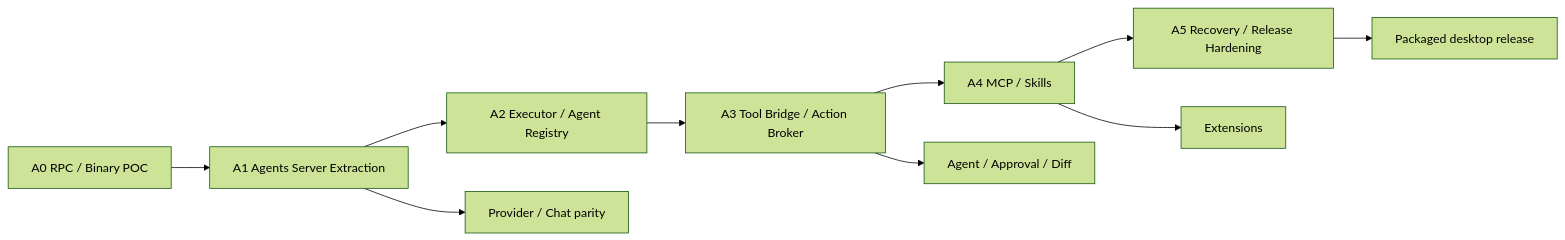
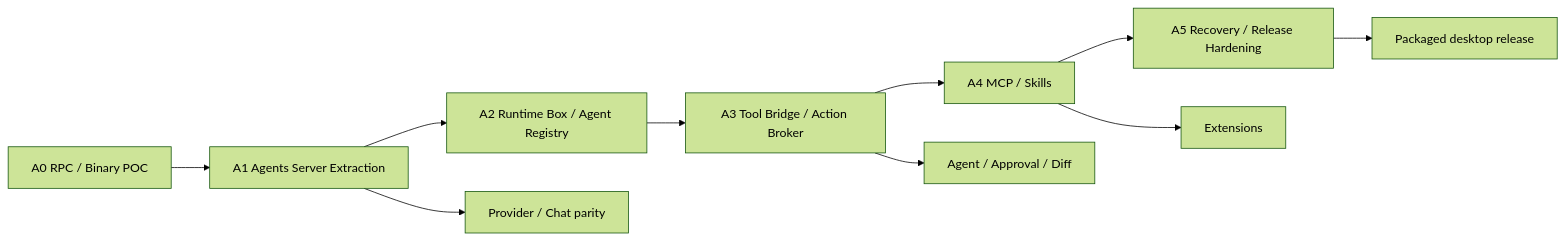
One commit to weivea/moshu changed the diagram in docs/implementation/delivery-plan.md. Above: the diagram before and after it, drawn with Mermaid (forest theme). The commit also changed other lines of this file and 164 other files, not shown here.

````diff
--- a/docs/implementation/delivery-plan.md
+++ b/docs/implementation/delivery-plan.md
@@ -21,15 +22,15 @@
 ```mermaid
 flowchart LR
     A0[A0 RPC / Binary POC]
     A1[A1 Agents Server Extraction]
-    A2[A2 Executor / Agent Registry]
+    A2[A2 Runtime Box / Agent Registry]
     A3[A3 Tool Bridge / Action Broker]
     A4[A4 MCP / Skills]
     A5[A5 Recovery / Release Hardening]
 
     A0 --> A1 --> A2 --> A3 --> A4 --> A5
     A1 --> CHAT[Provider / Chat parity]
     A3 --> AGENT[Agent / Approval / Diff]
     A4 --> EXT[Extensions]
     A5 --> RELEASE[Packaged desktop release]
 ```
````
